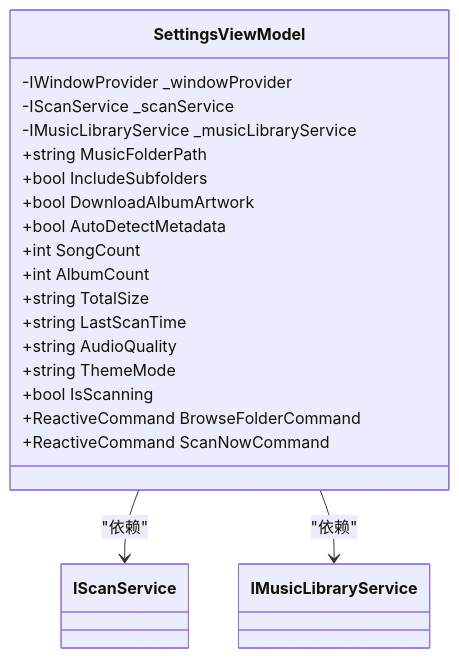
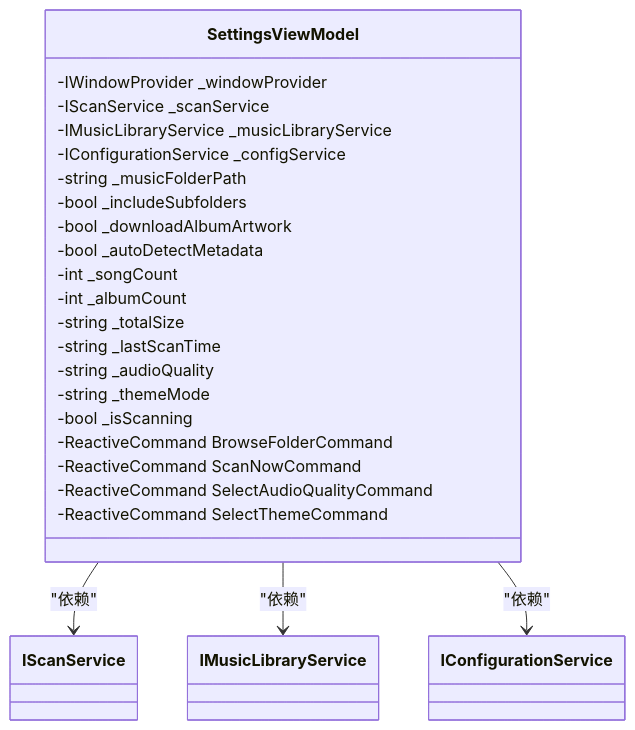
One commit to mariamjensen42-glitch/LocalMusicPlayer changed the sixth of 8 diagrams in .qoder/repowiki/zh/content/视图模型层/视图模型层.md. Above: the diagram before and after it, drawn with Mermaid. The commit also changed other lines of this file and 14 other files, not shown here.

````diff
--- a/.qoder/repowiki/zh/content/视图模型层/视图模型层.md
+++ b/.qoder/repowiki/zh/content/视图模型层/视图模型层.md
@@ -250,25 +308,30 @@
 ```mermaid
 classDiagram
 class SettingsViewModel {
 -IWindowProvider _windowProvider
 -IScanService _scanService
 -IMusicLibraryService _musicLibraryService
-+string MusicFolderPath
-+bool IncludeSubfolders
-+bool DownloadAlbumArtwork
-+bool AutoDetectMetadata
-+int SongCount
-+int AlbumCount
-+string TotalSize
-+string LastScanTime
-+string AudioQuality
-+string ThemeMode
-+bool IsScanning
-+ReactiveCommand BrowseFolderCommand
-+ReactiveCommand ScanNowCommand
+-IConfigurationService _configService
+-string _musicFolderPath
+-bool _includeSubfolders
+-bool _downloadAlbumArtwork
+-bool _autoDetectMetadata
+-int _songCount
+-int _albumCount
+-string _totalSize
+-string _lastScanTime
+-string _audioQuality
+-string _themeMode
+-bool _isScanning
+-ReactiveCommand BrowseFolderCommand
+-ReactiveCommand ScanNowCommand
+-ReactiveCommand SelectAudioQualityCommand
+-ReactiveCommand SelectThemeCommand
 }
 class IScanService
 class IMusicLibraryService
+class IConfigurationService
 SettingsViewModel --> IScanService : "依赖"
 SettingsViewModel --> IMusicLibraryService : "依赖"
+SettingsViewModel --> IConfigurationService : "依赖"
 ```
````
